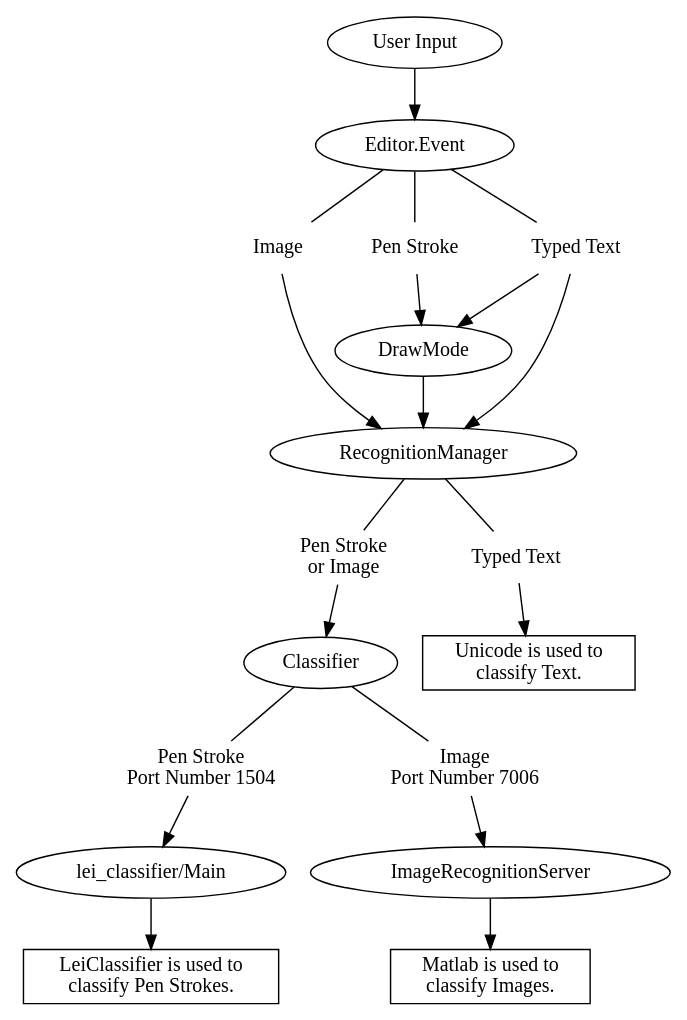
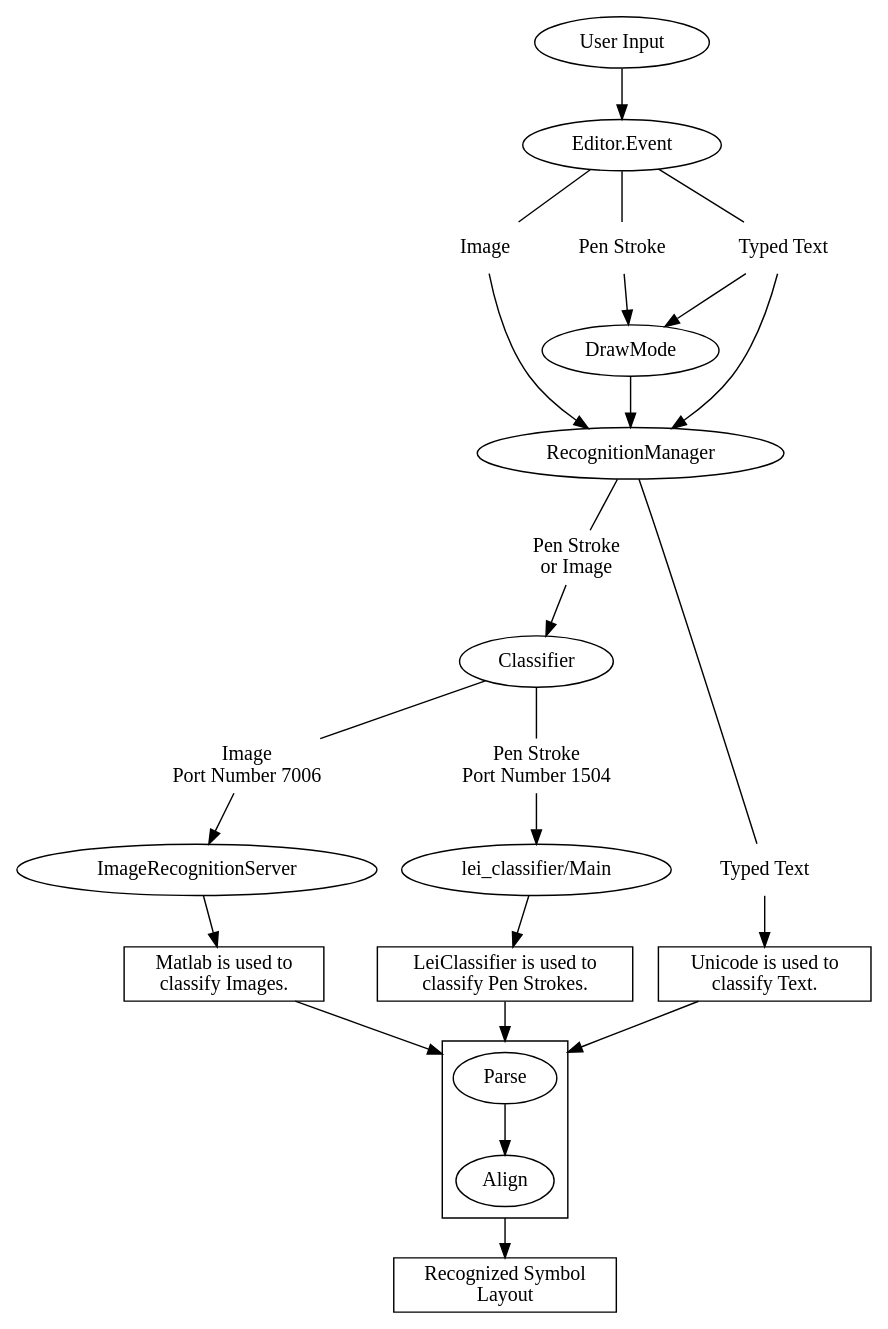
Before and after one commit to DPRL/min: the diagram in pen_entry/doc/min_process.dot, drawn with Graphviz.

Commit message:
Updated the min_process diagram to have the align operation

```diff
--- a/pen_entry/doc/min_process.dot
+++ b/pen_entry/doc/min_process.dot
@@ -1,46 +1,60 @@
 digraph min_process {
+    compound=true;
+
     UI [label="User Input"];
     EE [label="Editor.Event"];
     PS1 [label="Pen Stroke",shape="plaintext"];
     IM1 [label="Image",shape="plaintext"];
     TT1 [label="Typed Text",shape="plaintext"];
     DM [label="DrawMode"];
     RM [label="RecognitionManager"];
     CL [label="Classifier"];
     PPS [label="Pen Stroke\nPort Number 1504",shape="plaintext"];
     PIM [label="Image\nPort Number 7006",shape="plaintext"];
     LC [label="lei_classifier/Main"];
     IRS [label="ImageRecognitionServer"];
     PSoIM [label="Pen Stroke\nor Image",shape="plaintext"];
     ETT [label="Unicode is used to\nclassify Text.",shape="box"];
     EIM [label="Matlab is used to\nclassify Images.",shape="box"];
     EPS [label="LeiClassifier is used to\nclassify Pen Strokes.",shape="box"];    
     TT2 [label="Typed Text",shape="plaintext"];
+    OUT [label="Recognized Symbol\nLayout",shape="box"];
+    
+    subgraph cluster_align {
+        PA [label="Parse"];
+        AL [label="Align"];
+        PA -> AL;
+    }
+
+    ETT -> PA [lhead=cluster_align];
+    EPS -> PA [lhead=cluster_align];
+    EIM -> PA [lhead=cluster_align];
+    AL -> OUT [ltail=cluster_align];
 
     {rank=same; PS1 IM1 TT1}
     
     UI -> EE;
     EE -> PS1 [arrowhead="none"];
     EE -> IM1 [arrowhead="none"];
     EE -> TT1 [arrowhead="none"];
 
     PS1 -> DM;
     TT1 -> DM;
     
     TT1 -> RM;
     IM1 -> RM;
     DM -> RM;
     RM -> TT2 [arrowhead="none"];
     RM -> PSoIM [arrowhead="none"];
     PSoIM->CL;
     
     TT2 -> ETT;
 
     CL -> PPS [arrowhead="none"];
     PPS -> LC;
     LC -> EPS;
 
     CL -> PIM [arrowhead="none"];
     PIM -> IRS;
     IRS -> EIM;
 }
```
